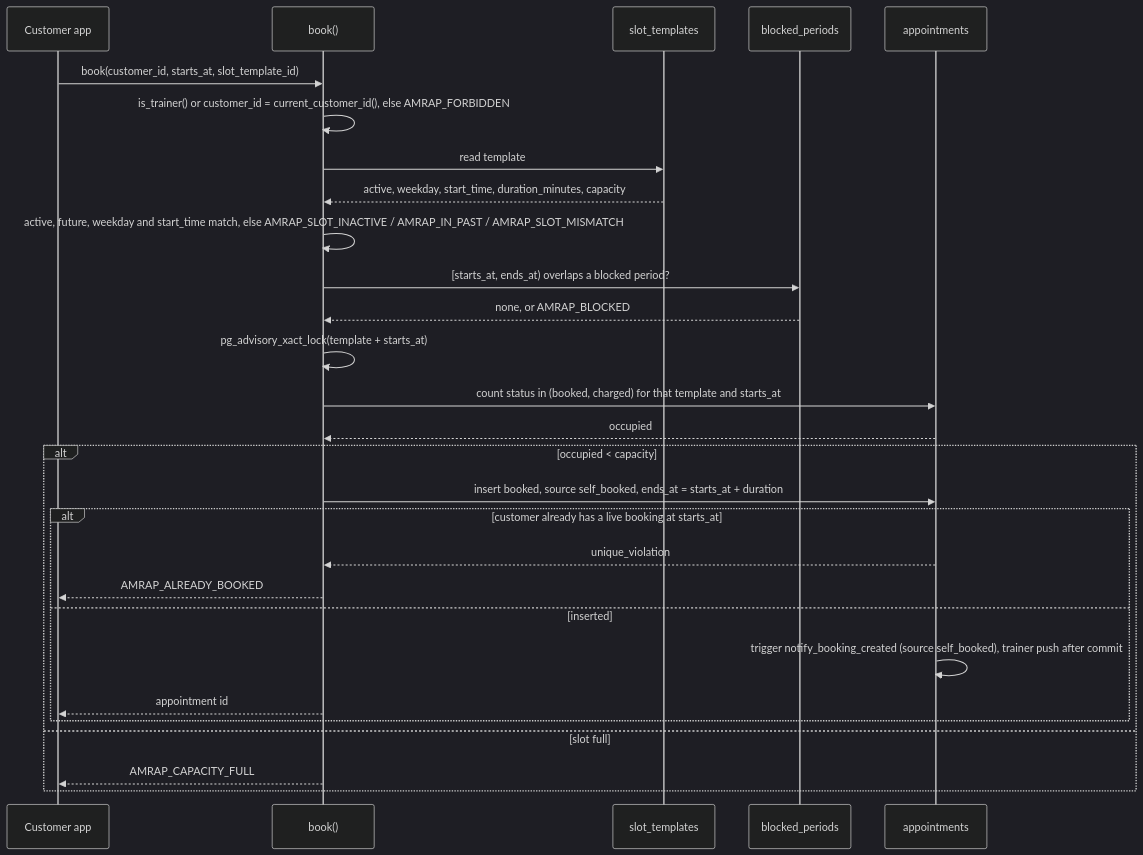
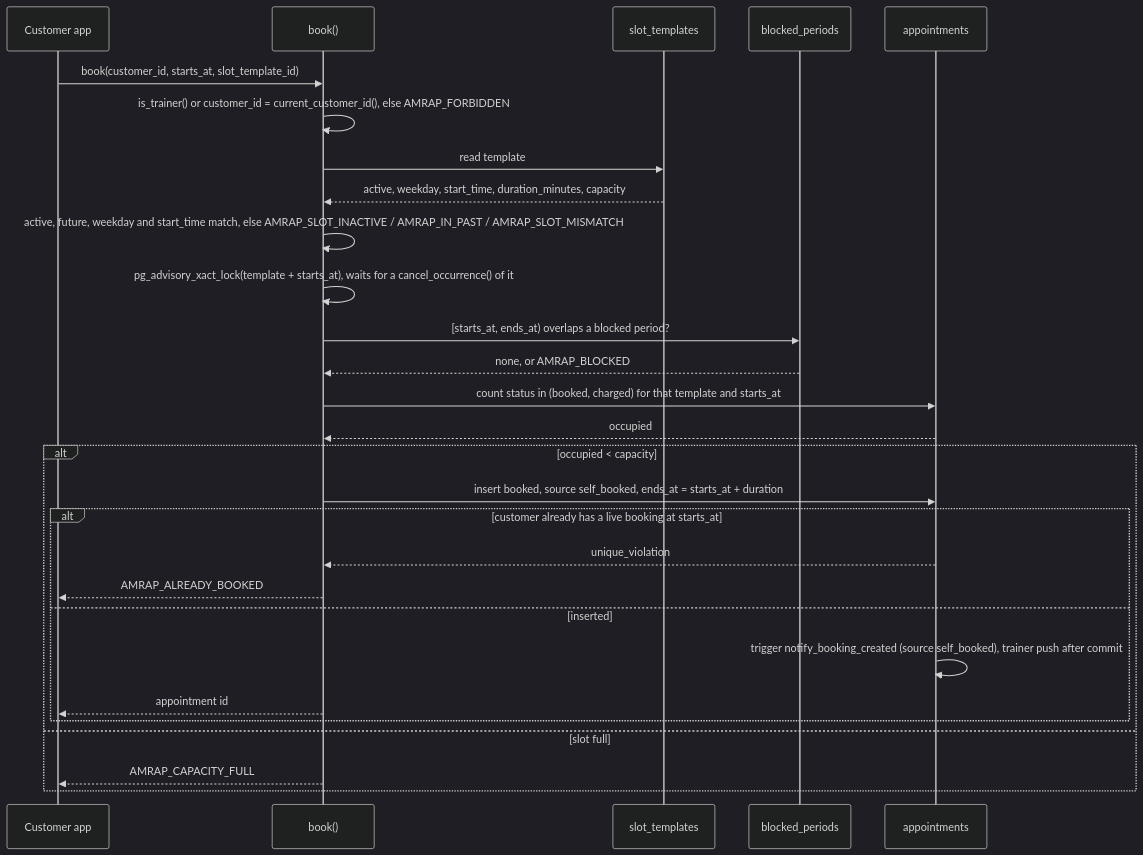
Before and after one commit to JasaGlazar/amrap: the diagram in docs/architecture/booking-sequence.md, drawn with Mermaid (dark theme). The commit also changed other lines of this file and 12 other files, not shown here.

First line of the commit message:
feat(db): cancel_occurrence cancels a whole session and closes it (#19)

````diff
--- a/docs/architecture/booking-sequence.md
+++ b/docs/architecture/booking-sequence.md
@@ -16,31 +18,31 @@
 ```mermaid
 sequenceDiagram
     participant C as Customer app
     participant B as book()
     participant S as slot_templates
     participant BP as blocked_periods
     participant A as appointments
 
     C->>B: book(customer_id, starts_at, slot_template_id)
     B->>B: is_trainer() or customer_id = current_customer_id(), else AMRAP_FORBIDDEN
     B->>S: read template
     S-->>B: active, weekday, start_time, duration_minutes, capacity
     B->>B: active, future, weekday and start_time match, else AMRAP_SLOT_INACTIVE / AMRAP_IN_PAST / AMRAP_SLOT_MISMATCH
+    B->>B: pg_advisory_xact_lock(template + starts_at), waits for a cancel_occurrence() of it
     B->>BP: [starts_at, ends_at) overlaps a blocked period?
     BP-->>B: none, or AMRAP_BLOCKED
-    B->>B: pg_advisory_xact_lock(template + starts_at)
     B->>A: count status in (booked, charged) for that template and starts_at
     A-->>B: occupied
     alt occupied < capacity
         B->>A: insert booked, source self_booked, ends_at = starts_at + duration
         alt customer already has a live booking at starts_at
             A-->>B: unique_violation
             B-->>C: AMRAP_ALREADY_BOOKED
         else inserted
             A->>A: trigger notify_booking_created (source self_booked), trainer push after commit
             B-->>C: appointment id
         end
     else slot full
         B-->>C: AMRAP_CAPACITY_FULL
     end
 ```
````
